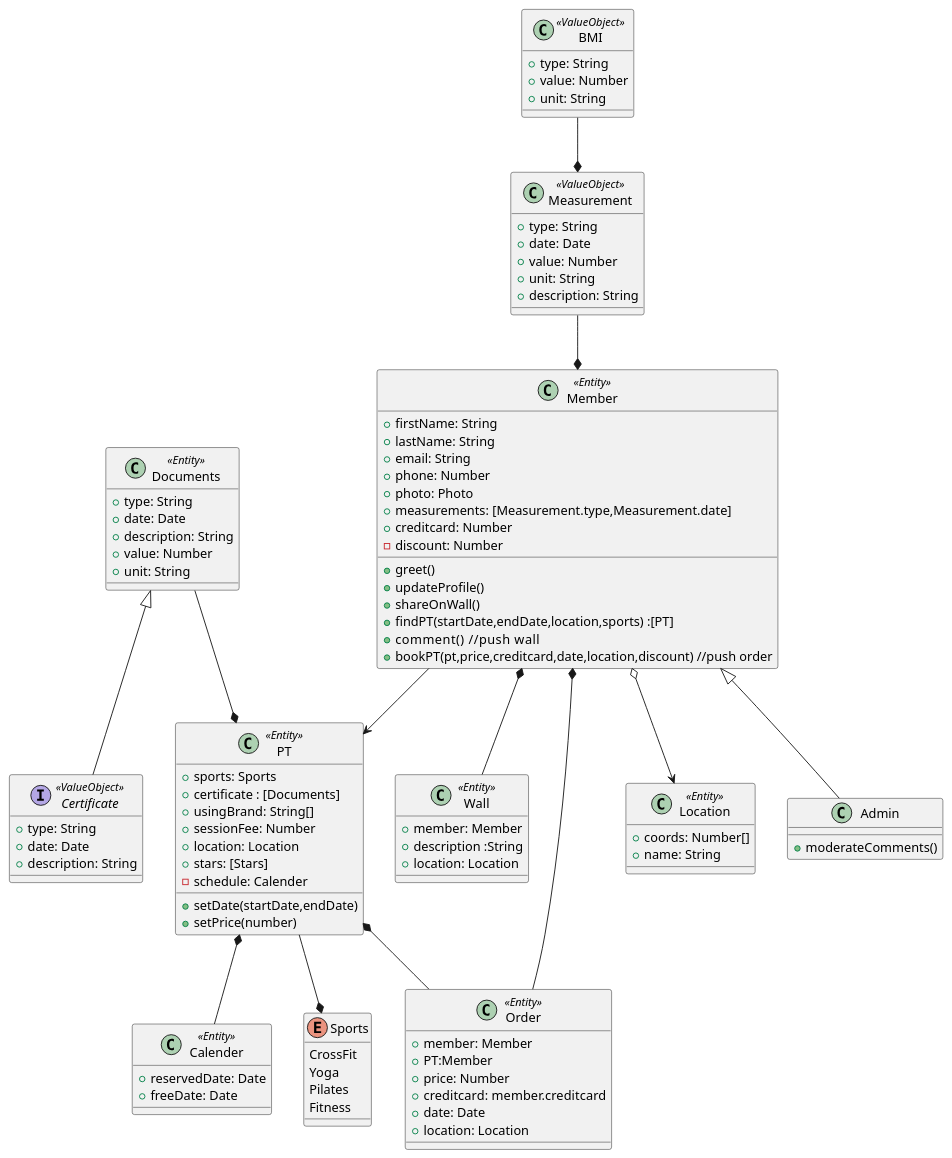
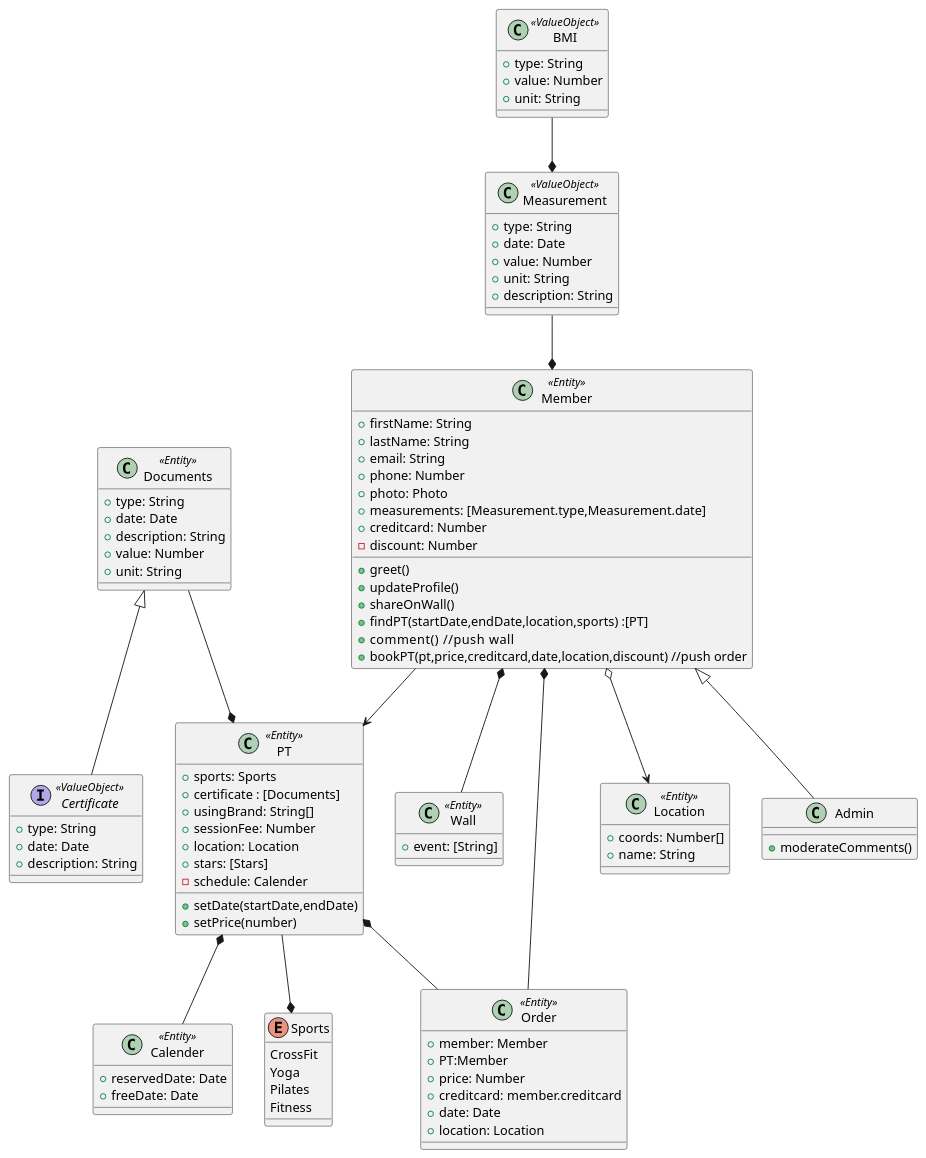
One commit to aykutmayali/js-nimble changed the diagram in class-diagram.puml. Above: the diagram before and after it, drawn with PlantUML. The commit also changed 2 other files, not shown here.

```diff
--- a/class-diagram.puml
+++ b/class-diagram.puml
@@ -1,110 +1,108 @@
 @startuml "Class Diagram"
 class Member <<Entity>>{
     +firstName: String
     +lastName: String
     +email: String
     +phone: Number
     +photo: Photo
     +measurements: [Measurement.type,Measurement.date]
     +creditcard: Number   
     -discount: Number
     +greet()
     +updateProfile()  
     +shareOnWall()     
     +findPT(startDate,endDate,location,sports) :[PT]
     +comment()    //push wall
     +bookPT(pt,price,creditcard,date,location,discount) //push order   
 }
 
 class PT<<Entity>>{
     +sports: Sports
     +certificate : [Documents]
     +usingBrand: String[]
     +sessionFee: Number
     +location: Location
     +stars: [Stars]
     -schedule: Calender
     +setDate(startDate,endDate)
     +setPrice(number)
 
 }
 class Calender<<Entity>>{
     +reservedDate: Date
     +freeDate: Date
 }
 class Wall<<Entity>>{
-    +member: Member
-    +description :String
-    +location: Location
+    +event: [String]
 }
 class Order<<Entity>>{
     +member: Member
     +PT:Member
     +price: Number
     +creditcard: member.creditcard
     +date: Date
     +location: Location
 }
 
 class BMI <<ValueObject>> {
     +type: String
     +value: Number
     +unit: String
 }
 
 class Documents<<Entity>>{
     +type: String
     +date: Date
     +description: String
     +value: Number
     +unit: String
     }
 
 class Measurement <<ValueObject>>{
     +type: String
     +date: Date
     +value: Number
     +unit: String
     +description: String
 }
 
 
 
 interface Certificate <<ValueObject>>{
     +type: String
     +date: Date 
     +description: String 
 }
 
 enum Sports{
     CrossFit
     Yoga
     Pilates
     Fitness
 }
 
 class Location<<Entity>> {
     +coords: Number[]
     +name: String
 }
 
 class Admin {
     +moderateComments()
 }
 
 Admin -up-|> Member
 BMI --* Measurement
 Measurement --* Member
 Certificate -up-|> Documents
 Documents --*PT
 
 Member o--> Location
 Member --> PT
 Member *-- Wall
 Member *-- Order
 PT *-- Order
 PT*-- Calender
 PT --* Sports
 
 
 @enduml
```
